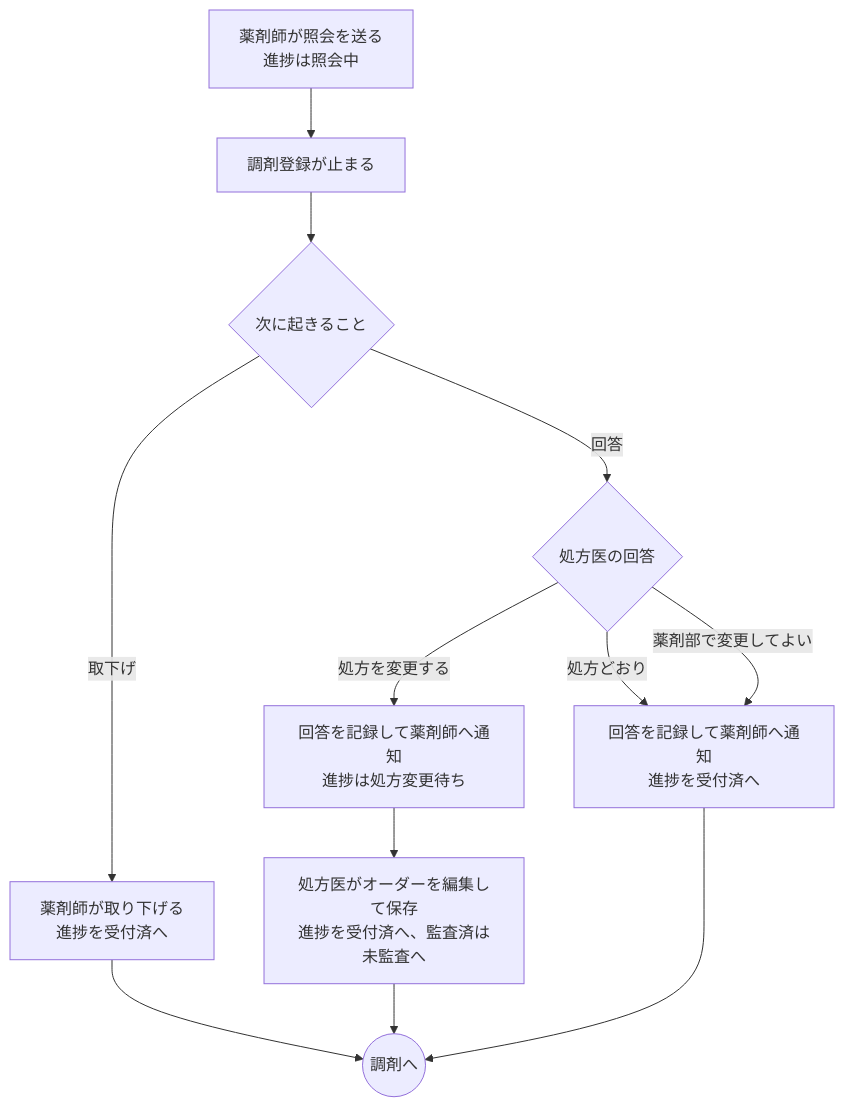
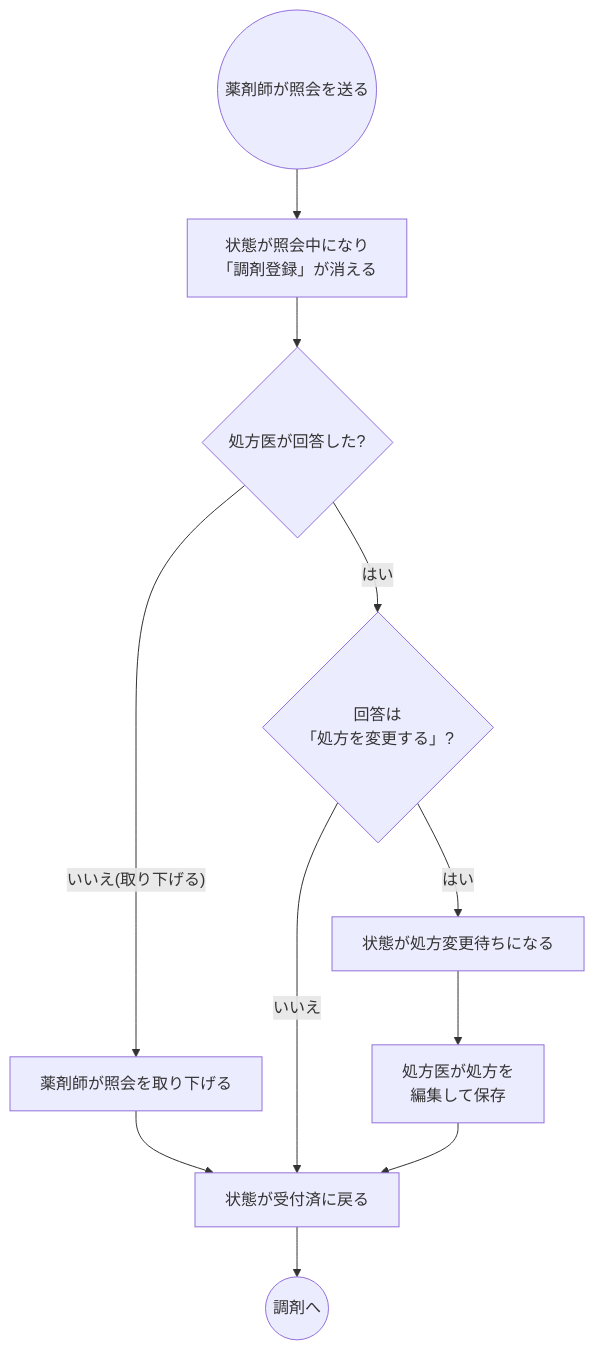
The third of 4 diagrams in docs/flows/prescription.md (ysnr-dev/fhir-client-docs), drawn with Mermaid before and after one commit. The commit also changed other lines of this file and 43 other files, not shown here.

Commit message:
docs: 業務フローとシーケンス図を写し直し

````diff
--- a/docs/flows/prescription.md
+++ b/docs/flows/prescription.md
@@ -133,20 +143,19 @@
 ```mermaid
 flowchart TD
-  ask["薬剤師が照会を送る<br/>進捗は照会中"]
-  stop["調剤登録が止まる"]
-  who{"次に起きること"}
-  withdraw["薬剤師が取り下げる<br/>進捗を受付済へ"]
-  answer{"処方医の回答"}
-  released["回答を記録して薬剤師へ通知<br/>進捗を受付済へ"]
-  held["回答を記録して薬剤師へ通知<br/>進捗は処方変更待ち"]
-  edit["処方医がオーダーを編集して保存<br/>進捗を受付済へ、監査済は未監査へ"]
+  ask(("薬剤師が照会を送る"))
+  hold["状態が照会中になり<br/>「調剤登録」が消える"]
+  answered{"処方医が回答した?"}
+  withdraw["薬剤師が照会を取り下げる"]
+  change{"回答は<br/>「処方を変更する」?"}
+  held["状態が処方変更待ちになる"]
+  edit["処方医が処方を<br/>編集して保存"]
+  back["状態が受付済に戻る"]
   next(("調剤へ"))
 
-  ask --> stop --> who
-  who -- "取下げ" --> withdraw --> next
-  who -- "回答" --> answer
-  answer -- "処方どおり" --> released
-  answer -- "薬剤部で変更してよい" --> released
-  answer -- "処方を変更する" --> held --> edit --> next
-  released --> next
+  ask --> hold --> answered
+  answered -- "いいえ(取り下げる)" --> withdraw --> back
+  answered -- "はい" --> change
+  change -- "いいえ" --> back
+  change -- "はい" --> held --> edit --> back
+  back --> next
 ```
````
